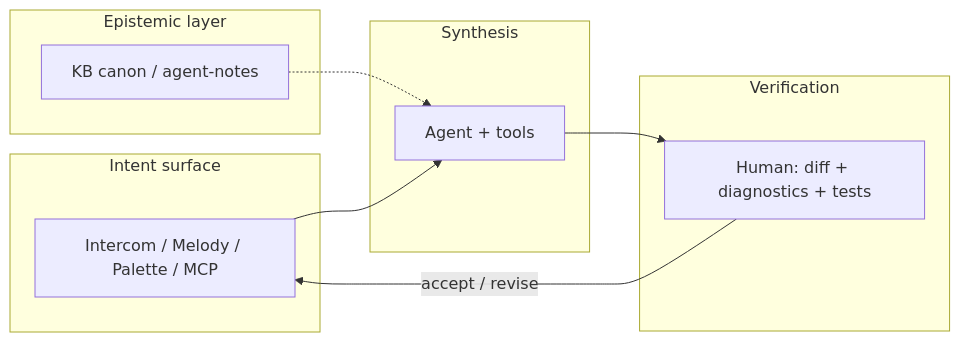
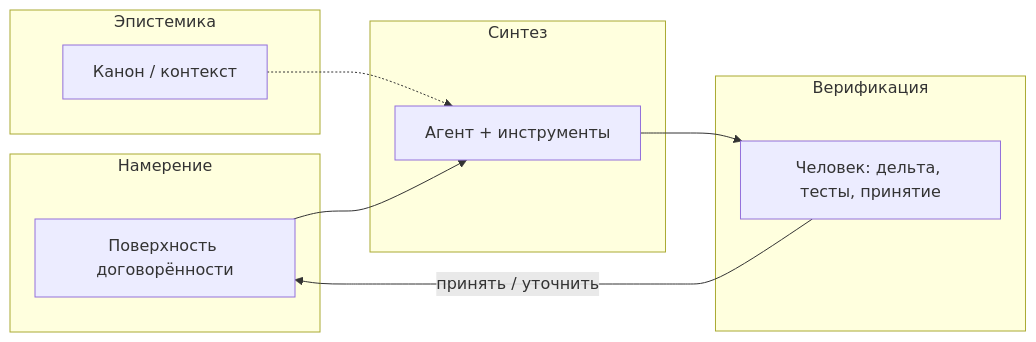
Before and after one commit to AI-Guiders/cascade-ide: the diagram in docs/iop-manifest-v1.md, drawn with Mermaid. The commit also changed other lines of this file and 4 other files, not shown here.

````diff
--- a/docs/iop-manifest-v1.md
+++ b/docs/iop-manifest-v1.md
@@ -133,19 +92,19 @@
 ```mermaid
 flowchart LR
-  subgraph intent ["Intent surface"]
-    I["Intercom / Melody / Palette / MCP"]
+  subgraph intent ["Намерение"]
+    I["Поверхность договорённости"]
   end
-  subgraph synth ["Synthesis"]
-    A["Agent + tools"]
+  subgraph synth ["Синтез"]
+    A["Агент + инструменты"]
   end
-  subgraph verify ["Verification"]
-    H["Human: diff + diagnostics + tests"]
+  subgraph verify ["Верификация"]
+    H["Человек: дельта, тесты, принятие"]
   end
-  subgraph knowledge ["Epistemic layer"]
-    K["KB canon / agent-notes"]
+  subgraph knowledge ["Эпистемика"]
+    K["Канон / контекст"]
   end
   I --> A
   K -.-> A
   A --> H
-  H -->|"accept / revise"| I
+  H -->|"принять / уточнить"| I
 ```
````
